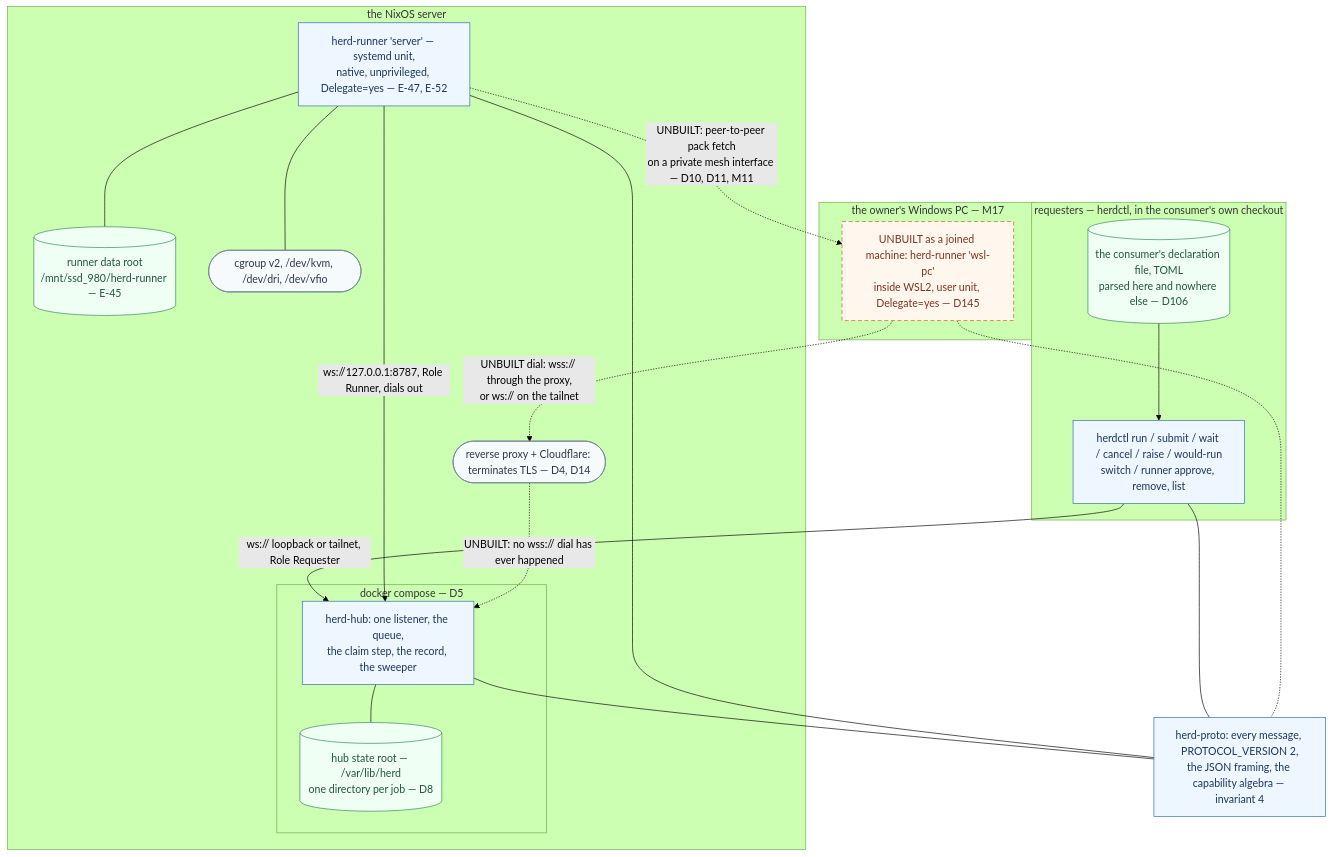
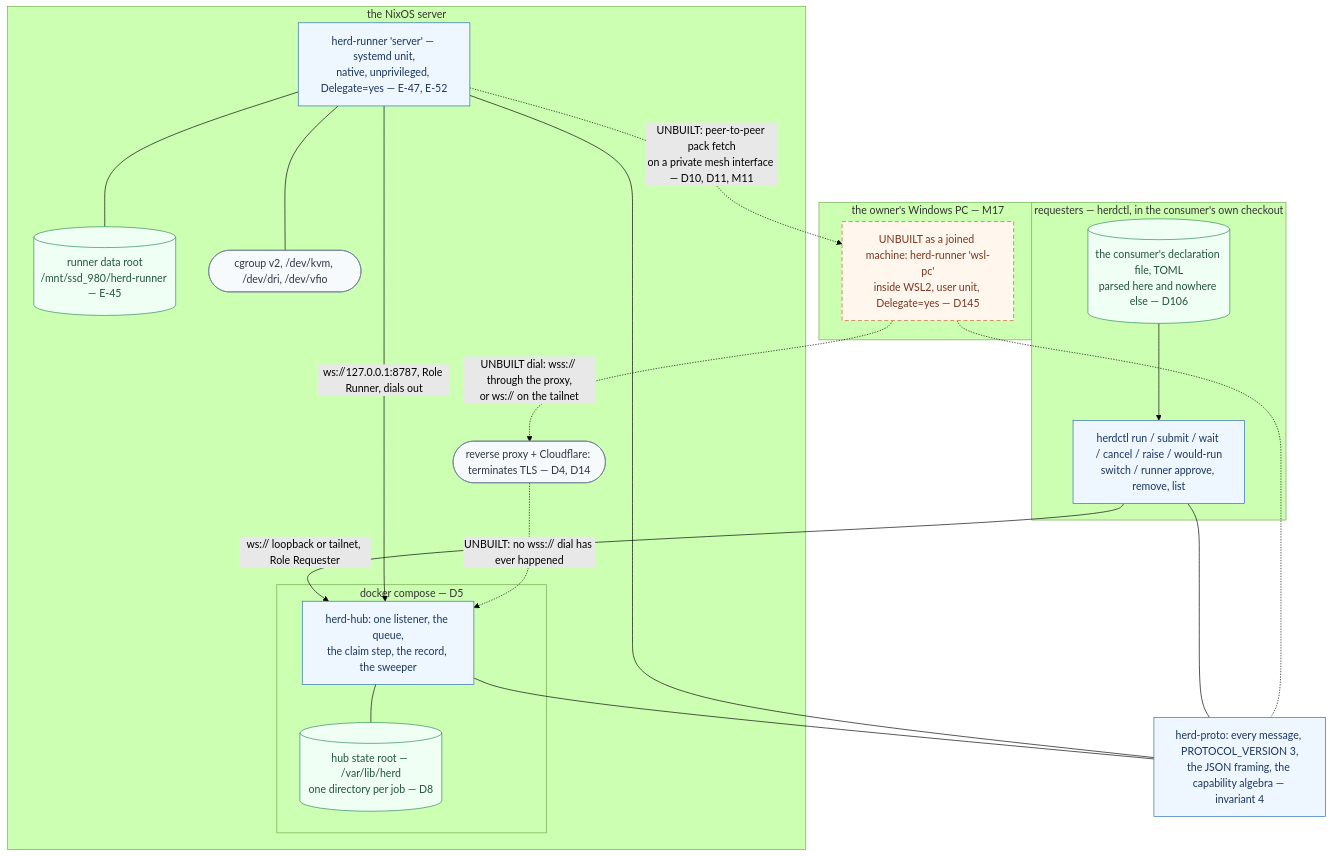
The second of 25 diagrams in docs/architecture.md (tomasalexandre18/Herd), drawn with Mermaid (forest theme) before and after one commit. The commit also changed other lines of this file and 4 other files, not shown here.

````diff
--- a/docs/architecture.md
+++ b/docs/architecture.md
@@ -52,48 +52,48 @@
 ```mermaid
 flowchart TB
   classDef built fill:#eef6ff,stroke:#2b6cb0,stroke-width:1px,color:#1a365d
   classDef unbuilt fill:#fff7ed,stroke:#c05621,stroke-width:1px,stroke-dasharray: 6 4,color:#7b341e
   classDef store fill:#f0fff4,stroke:#2f855a,stroke-width:1px,color:#22543d
   classDef outside fill:#f7fafc,stroke:#718096,stroke-width:1px,color:#2d3748
 
   subgraph REQ["requesters — herdctl, in the consumer's own checkout"]
     CTL["herdctl run / submit / wait / cancel / raise / would-run<br/>switch / runner approve, remove, list"]
     DECL[("the consumer's declaration file, TOML<br/>parsed here and nowhere else — D106")]
   end
 
   subgraph SRV["the NixOS server"]
     subgraph HUBBOX["docker compose — D5"]
       HUB["herd-hub: one listener, the queue,<br/>the claim step, the record, the sweeper"]
       HROOT[("hub state root — /var/lib/herd<br/>one directory per job — D8")]
     end
     RUN1["herd-runner 'server' — systemd unit,<br/>native, unprivileged, Delegate=yes — E-47, E-52"]
     DROOT1[("runner data root<br/>/mnt/ssd_980/herd-runner — E-45")]
     PROXY(["reverse proxy + Cloudflare: terminates TLS — D4, D14"])
     KERNEL1(["cgroup v2, /dev/kvm, /dev/dri, /dev/vfio"])
   end
 
   subgraph PC["the owner's Windows PC — M17"]
     RUN2["UNBUILT as a joined machine: herd-runner 'wsl-pc'<br/>inside WSL2, user unit, Delegate=yes — D145"]
   end
 
-  PROTO["herd-proto: every message, PROTOCOL_VERSION 2,<br/>the JSON framing, the capability algebra — invariant 4"]
+  PROTO["herd-proto: every message, PROTOCOL_VERSION 3,<br/>the JSON framing, the capability algebra — invariant 4"]
 
   CTL -->|"ws:// loopback or tailnet, Role Requester"| HUB
   DECL --> CTL
   RUN1 -->|"ws://127.0.0.1:8787, Role Runner, dials out"| HUB
   RUN2 -.->|"UNBUILT dial: wss:// through the proxy,<br/>or ws:// on the tailnet"| PROXY
   PROXY -.->|"UNBUILT: no wss:// dial has ever happened"| HUB
   HUB --- HROOT
   RUN1 --- DROOT1
   RUN1 --- KERNEL1
   CTL --- PROTO
   HUB --- PROTO
   RUN1 --- PROTO
   RUN2 -.- PROTO
   RUN1 -.->|"UNBUILT: peer-to-peer pack fetch<br/>on a private mesh interface — D10, D11, M11"| RUN2
 
   class CTL,HUB,RUN1,PROTO built
   class RUN2 unbuilt
   class DECL,HROOT,DROOT1 store
   class PROXY,KERNEL1 outside
 ```
````
